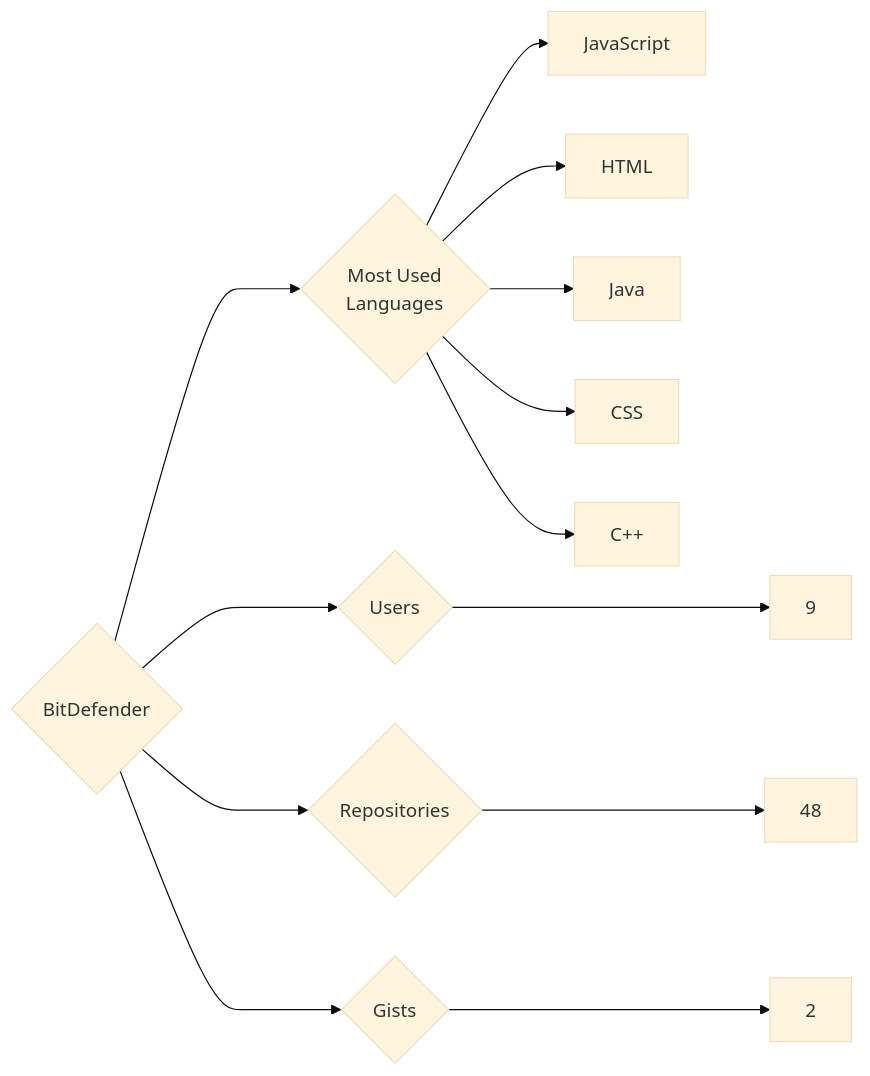
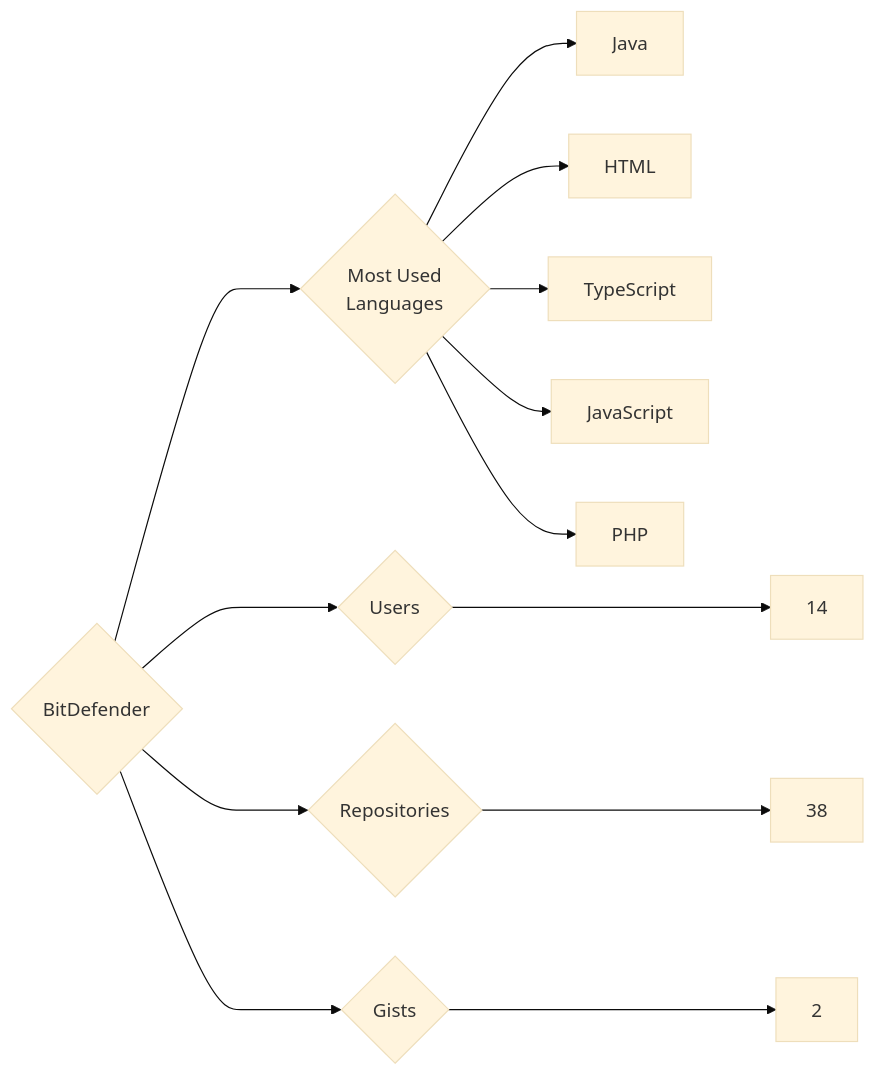
One commit to trickest/insiders changed the diagram in targets/BitDefender/README.md. Above: the diagram before and after it, drawn with Mermaid (base theme). The commit also changed 953 other files, not shown here.

````diff
--- a/targets/BitDefender/README.md
+++ b/targets/BitDefender/README.md
@@ -3,13 +3,13 @@
 ```mermaid
 graph LR
 COMPANY_NAME{BitDefender}
-COMPANY_NAME ---> U{Users} ---> UN[9]
-COMPANY_NAME ---> R{Repositories} ---> RN[48]
+COMPANY_NAME ---> U{Users} ---> UN[14]
+COMPANY_NAME ---> R{Repositories} ---> RN[38]
 COMPANY_NAME ---> G{Gists} ---> GN[2]
 COMPANY_NAME ---> ML{Most Used<br>Languages}
+ML --> Java[Java]
+ML --> HTML[HTML]
+ML --> TypeScript[TypeScript]
 ML --> JavaScript[JavaScript]
-ML --> HTML[HTML]
-ML --> Java[Java]
-ML --> CSS[CSS]
-ML --> C++[C++]
+ML --> PHP[PHP]
 ```
````
